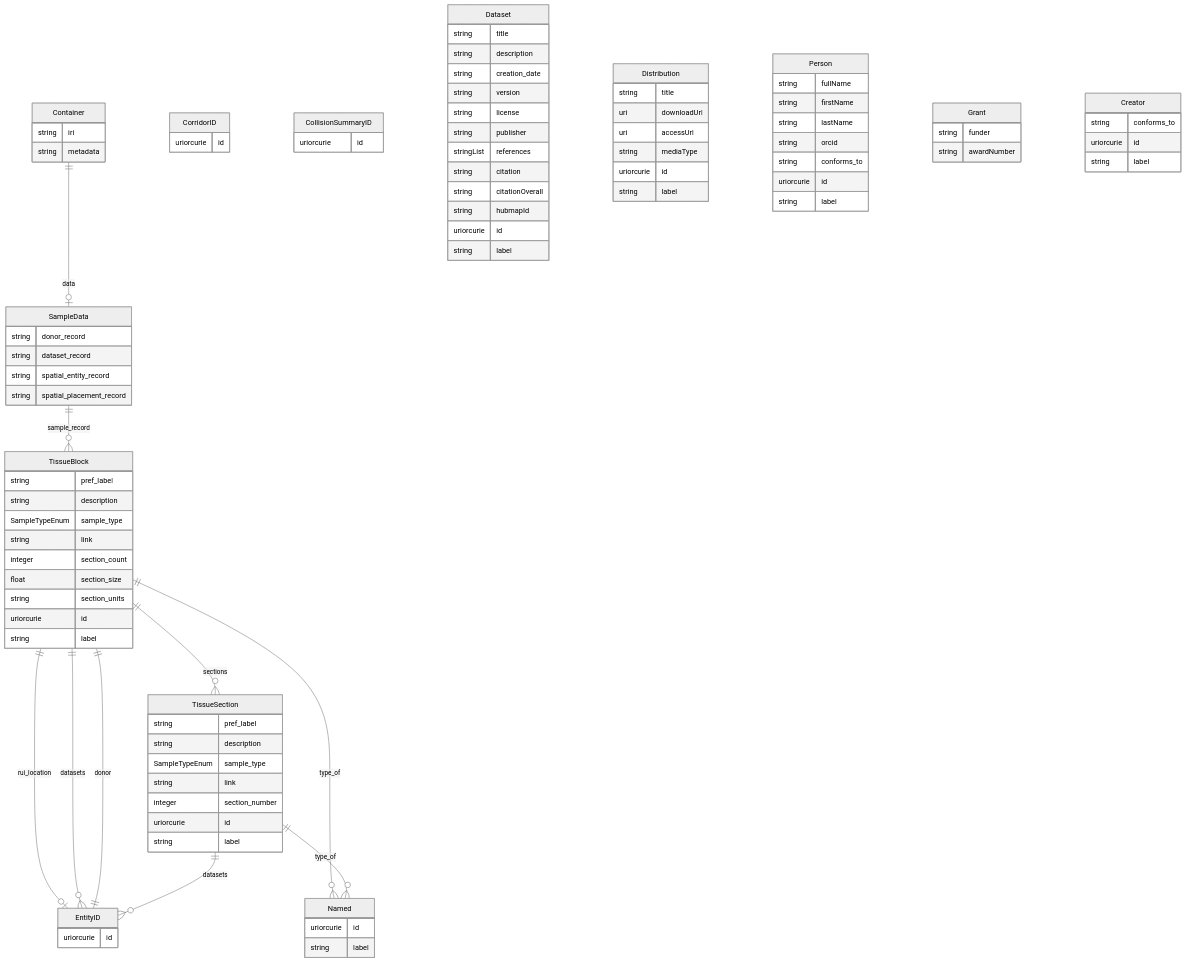
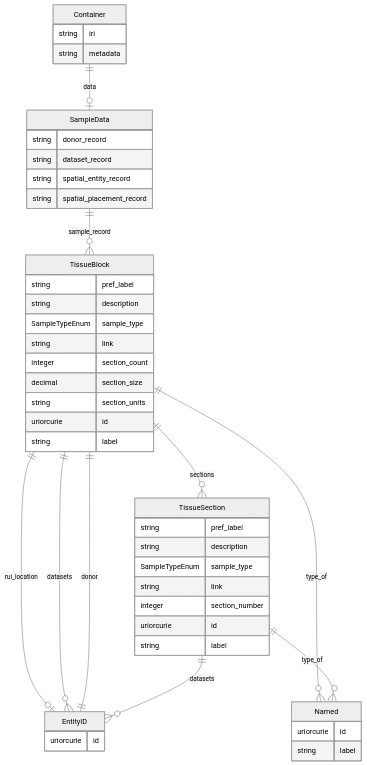
One commit to hubmapconsortium/hra-do-processor changed diagram 16 of 20 in er-diagrams.md. Above: the diagram before and after it, drawn with Mermaid (neutral theme). The commit also changed other lines of this file and 20 other files, not shown here.

Commit message:
Update ER diagrams

```diff
--- a/er-diagrams.md
+++ b/er-diagrams.md
@@ -1417,7 +1371,7 @@
     SampleTypeEnum sample_type  
     string link  
     integer section_count  
-    float section_size  
+    decimal section_size  
     string section_units  
     uriorcurie id  
     string label  
@@ -1428,52 +1382,6 @@
 }
 EntityID {
     uriorcurie id  
-}
-CorridorID {
-    uriorcurie id  
-}
-CollisionSummaryID {
-    uriorcurie id  
-}
-Dataset {
-    string title  
-    string description  
-    string creation_date  
-    string version  
-    string license  
-    string publisher  
-    stringList references  
-    string citation  
-    string citationOverall  
-    string hubmapId  
-    uriorcurie id  
-    string label  
-}
-Distribution {
-    string title  
-    uri downloadUrl  
-    uri accessUrl  
-    string mediaType  
-    uriorcurie id  
-    string label  
-}
-Person {
-    string fullName  
-    string firstName  
-    string lastName  
-    string orcid  
-    string conforms_to  
-    uriorcurie id  
-    string label  
-}
-Grant {
-    string funder  
-    string awardNumber  
-}
-Creator {
-    string conforms_to  
-    uriorcurie id  
-    string label  
 }
 TissueSection {
     string pref_label  
```
